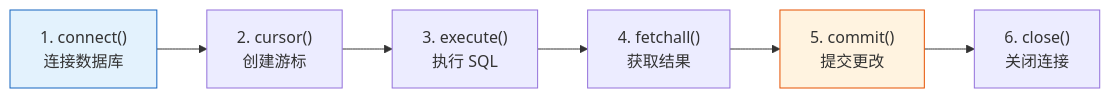
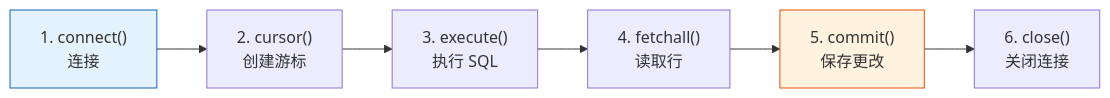
Before and after one commit to oudbiao/AI-fullstack-course: the second of 2 diagrams in i18n/zh-Hans/docusaurus-plugin-content-docs/current/ch03-data-analysis/ch05-database/03-python-db.md, drawn with Mermaid. The commit also changed other lines of this file and 8 other files, not shown here.

````diff
--- a/i18n/zh-Hans/docusaurus-plugin-content-docs/current/ch03-data-analysis/ch05-database/03-python-db.md
+++ b/i18n/zh-Hans/docusaurus-plugin-content-docs/current/ch03-data-analysis/ch05-database/03-python-db.md
@@ -95,11 +88,11 @@
 ```mermaid
 flowchart LR
-    A["1. connect()<br/>连接数据库"] --> B["2. cursor()<br/>创建游标"]
+    A["1. connect()<br/>连接"] --> B["2. cursor()<br/>创建游标"]
     B --> C["3. execute()<br/>执行 SQL"]
-    C --> D["4. fetchall()<br/>获取结果"]
-    D --> E["5. commit()<br/>提交更改"]
+    C --> D["4. fetchall()<br/>读取行"]
+    D --> E["5. commit()<br/>保存更改"]
     E --> F["6. close()<br/>关闭连接"]
 
     style A fill:#e3f2fd,stroke:#1565c0
     style E fill:#fff3e0,stroke:#e65100
 ```
````
